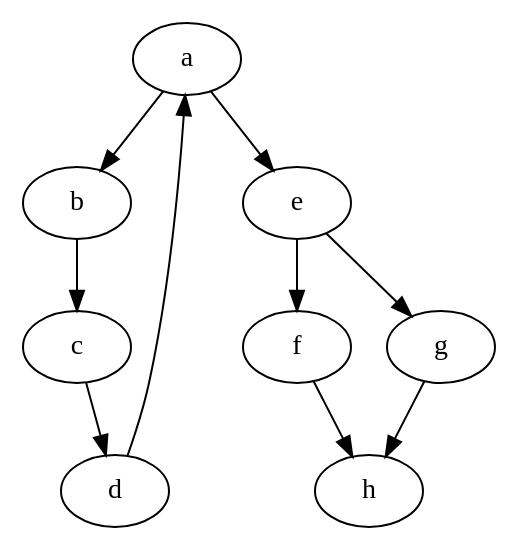
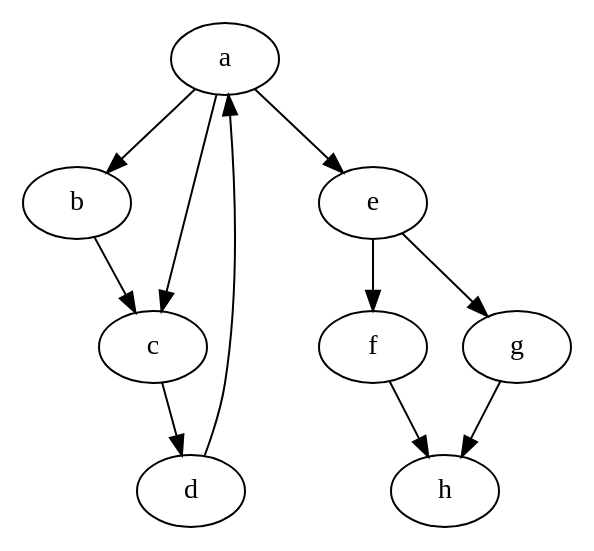
The diagram in input.dot (rortizca/CSE-464-2026-rortizca), drawn with Graphviz before and after one commit. The commit also changed 4 other files, not shown here.

Commit message:
Added template graphsearch class

```diff
--- a/input.dot
+++ b/input.dot
@@ -1,11 +1,12 @@
 digraph {
     a -> b;
     b -> c;
     c -> d;
     d -> a;
     a -> e;
     e -> f;
     e -> g;
     f -> h;
     g -> h;
+    a -> c;
 }
```
